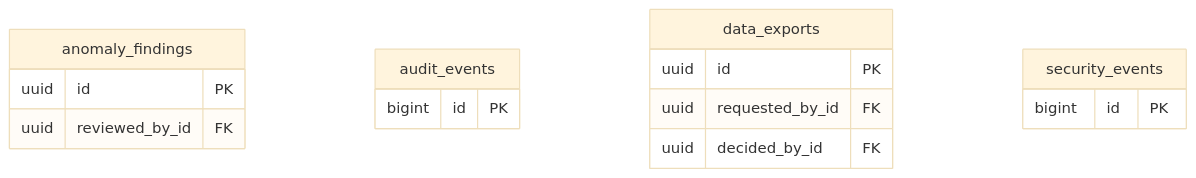
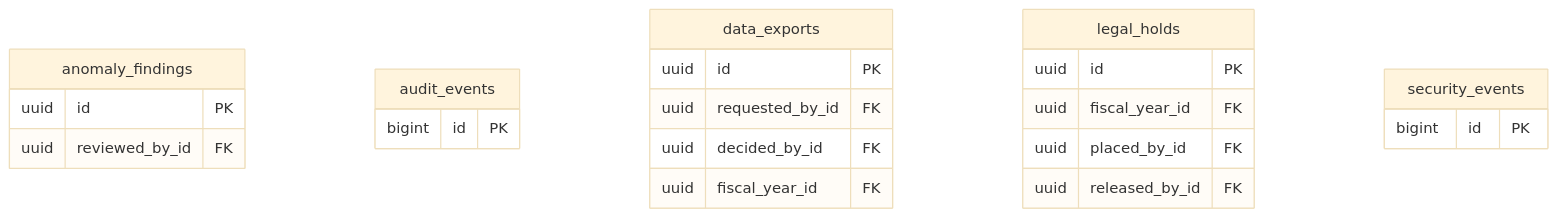
One commit to Glenn74813/fas-mia changed diagram 14 of 15 in docs/04-data-model.md. Above: the diagram before and after it, drawn with Mermaid (base theme). The commit also changed other lines of this file and 23 other files, not shown here.

First line of the commit message:
TOR gap T10: records retention, fiscal-year archives and legal holds

````diff
--- a/docs/04-data-model.md
+++ b/docs/04-data-model.md
@@ -895,18 +896,25 @@
 ```mermaid
 erDiagram
     anomaly_findings {
         uuid id PK
         uuid reviewed_by_id FK
     }
     audit_events {
         bigint id PK
     }
     data_exports {
         uuid id PK
         uuid requested_by_id FK
         uuid decided_by_id FK
+        uuid fiscal_year_id FK
+    }
+    legal_holds {
+        uuid id PK
+        uuid fiscal_year_id FK
+        uuid placed_by_id FK
+        uuid released_by_id FK
     }
     security_events {
         bigint id PK
     }
 ```
````
